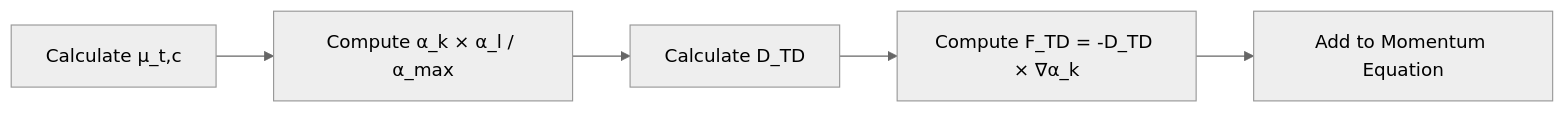
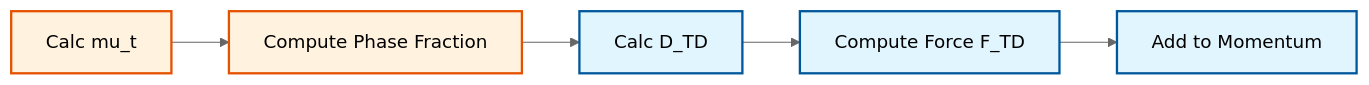
Before and after one commit to wramet/build-my-cfd: the second of 5 diagrams in MODULE_04_MULTIPHASE_FUNDAMENTALS/CONTENT/07_TURBULENT_DISPERSION/02_Specific_Models.md, drawn with Mermaid (neutral theme). The commit also changed other lines of this file and 313 other files, not shown here.

Commit message:
Revise all diagram

````diff
--- a/MODULE_04_MULTIPHASE_FUNDAMENTALS/CONTENT/07_TURBULENT_DISPERSION/02_Specific_Models.md
+++ b/MODULE_04_MULTIPHASE_FUNDAMENTALS/CONTENT/07_TURBULENT_DISPERSION/02_Specific_Models.md
@@ -107,7 +109,9 @@
 ```mermaid
 flowchart LR
-    A[Calculate μ_t,c] --> B[Compute α_k × α_l / α_max]
-    B --> C[Calculate D_TD]
-    C --> D[Compute F_TD = -D_TD × ∇α_k]
-    D --> E[Add to Momentum Equation]
+classDef implicit fill:#e1f5fe,stroke:#01579b,stroke-width:2px,color:#000
+classDef explicit fill:#fff3e0,stroke:#e65100,stroke-width:2px,color:#000
+A[Calc mu_t]:::explicit --> B[Compute Phase Fraction]:::explicit
+B --> C[Calc D_TD]:::implicit
+C --> D[Compute Force F_TD]:::implicit
+D --> E[Add to Momentum]:::implicit
 ```
````
